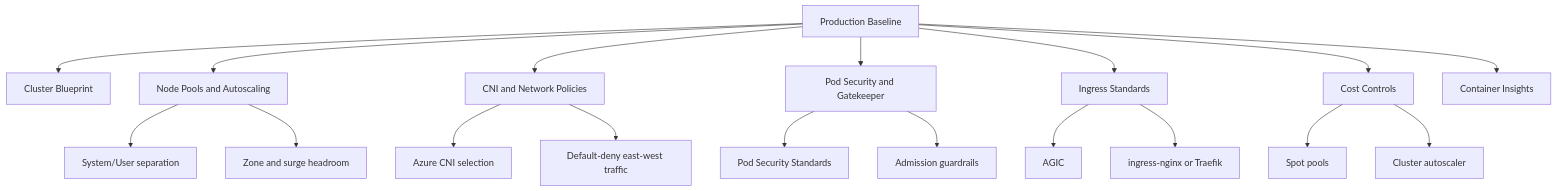
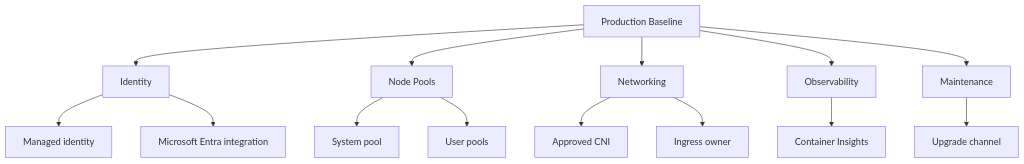
Before and after one commit to yeongseon/azure-kubernetes-service-practical-guide: the diagram in docs/best-practices/production-baseline.md, drawn with Mermaid. The commit also changed other lines of this file and 8 other files, not shown here.

````diff
--- a/docs/best-practices/production-baseline.md
+++ b/docs/best-practices/production-baseline.md
@@ -32,20 +42,16 @@
 ```mermaid
 flowchart TD
-    A[Production Baseline] --> B[Cluster Blueprint]
-    A --> C[Node Pools and Autoscaling]
-    A --> D[CNI and Network Policies]
-    A --> E[Pod Security and Gatekeeper]
-    A --> F[Ingress Standards]
-    A --> G[Cost Controls]
-    A --> H[Container Insights]
-    C --> C1[System/User separation]
-    C --> C2[Zone and surge headroom]
-    D --> D1[Azure CNI selection]
-    D --> D2[Default-deny east-west traffic]
-    E --> E1[Pod Security Standards]
-    E --> E2[Admission guardrails]
-    F --> F1[AGIC]
-    F --> F2[ingress-nginx or Traefik]
-    G --> G1[Spot pools]
-    G --> G2[Cluster autoscaler]
+    A[Production Baseline] --> B[Identity]
+    A --> C[Node Pools]
+    A --> D[Networking]
+    A --> E[Observability]
+    A --> F[Maintenance]
+    B --> B1[Managed identity]
+    B --> B2[Microsoft Entra integration]
+    C --> C1[System pool]
+    C --> C2[User pools]
+    D --> D1[Approved CNI]
+    D --> D2[Ingress owner]
+    E --> E1[Container Insights]
+    F --> F1[Upgrade channel]
 ```
````
